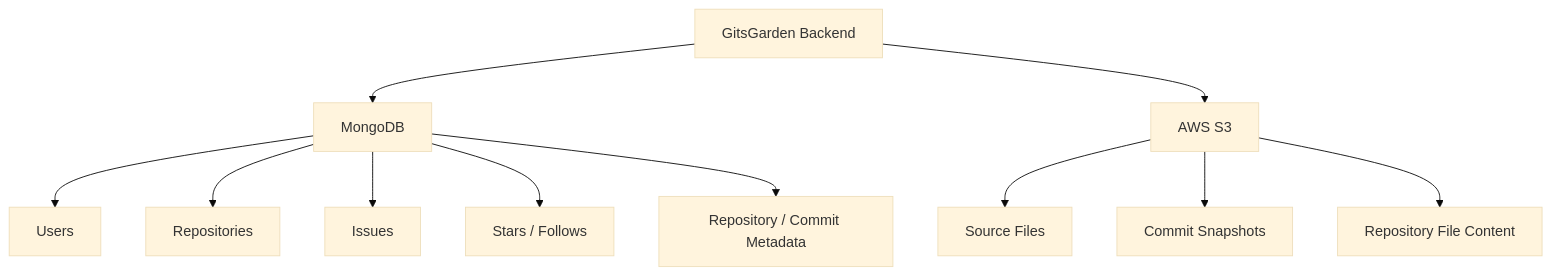
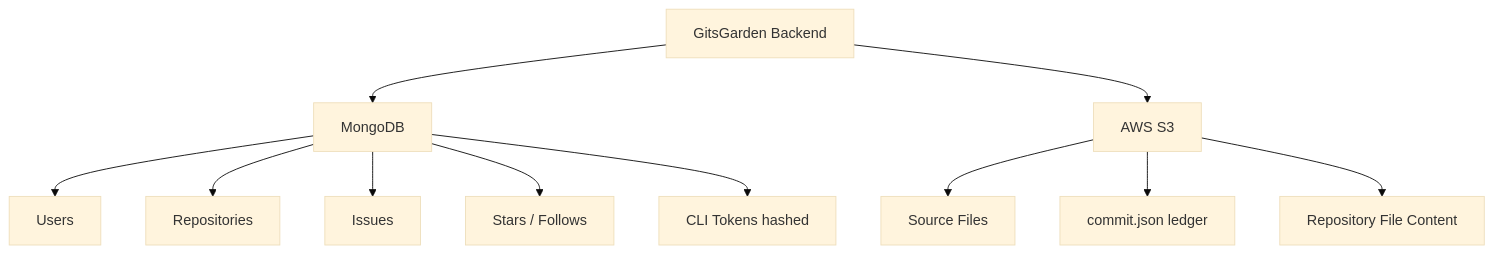
The sixth of 9 diagrams in README.md (prash08484/GitGarden), drawn with Mermaid (base theme) before and after one commit. The commit also changed other lines of this file, not shown here.

````diff
--- a/README.md
+++ b/README.md
@@ -314,17 +353,17 @@
 ```mermaid
 flowchart TB
     APP[GitsGarden Backend]
 
     APP --> META[MongoDB]
     APP --> FILES[AWS S3]
 
     META --> M1[Users]
     META --> M2[Repositories]
     META --> M3[Issues]
     META --> M4[Stars / Follows]
-    META --> M5[Repository / Commit Metadata]
+    META --> M5[CLI Tokens hashed]
 
     FILES --> F1[Source Files]
-    FILES --> F2[Commit Snapshots]
+    FILES --> F2[commit.json ledger]
     FILES --> F3[Repository File Content]
 ```
````
